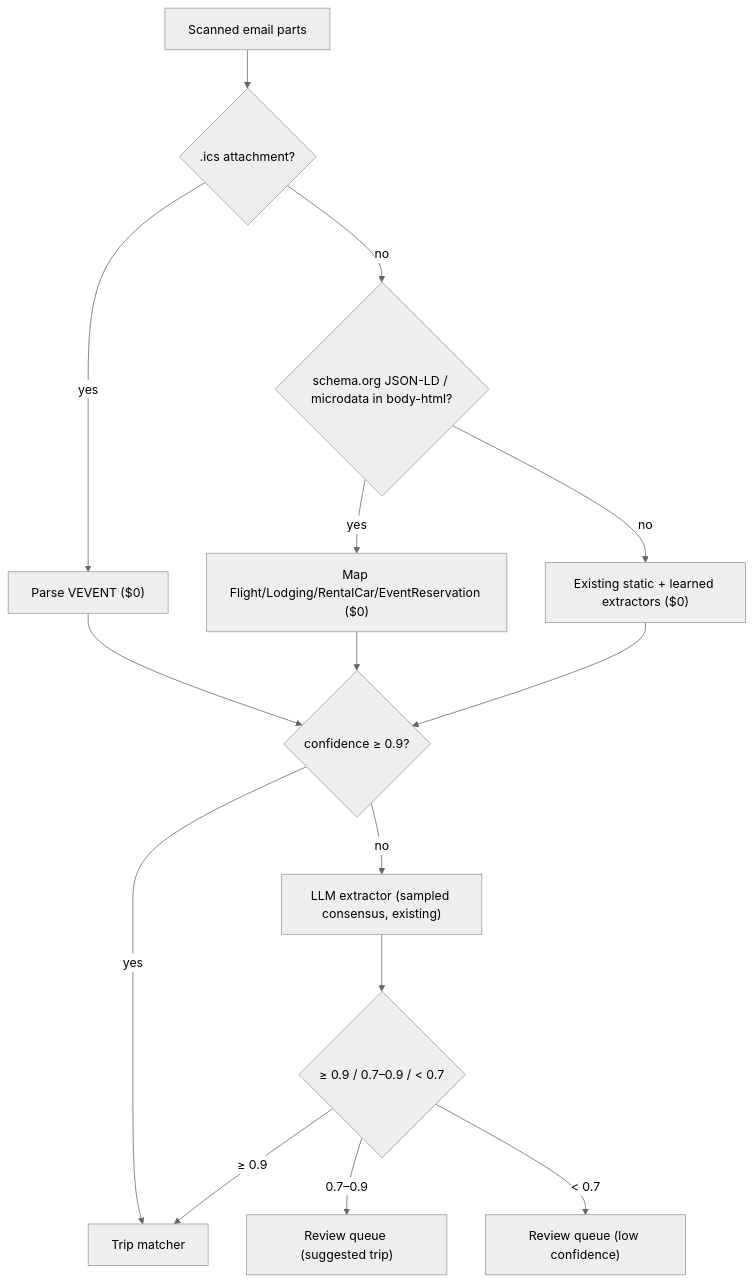
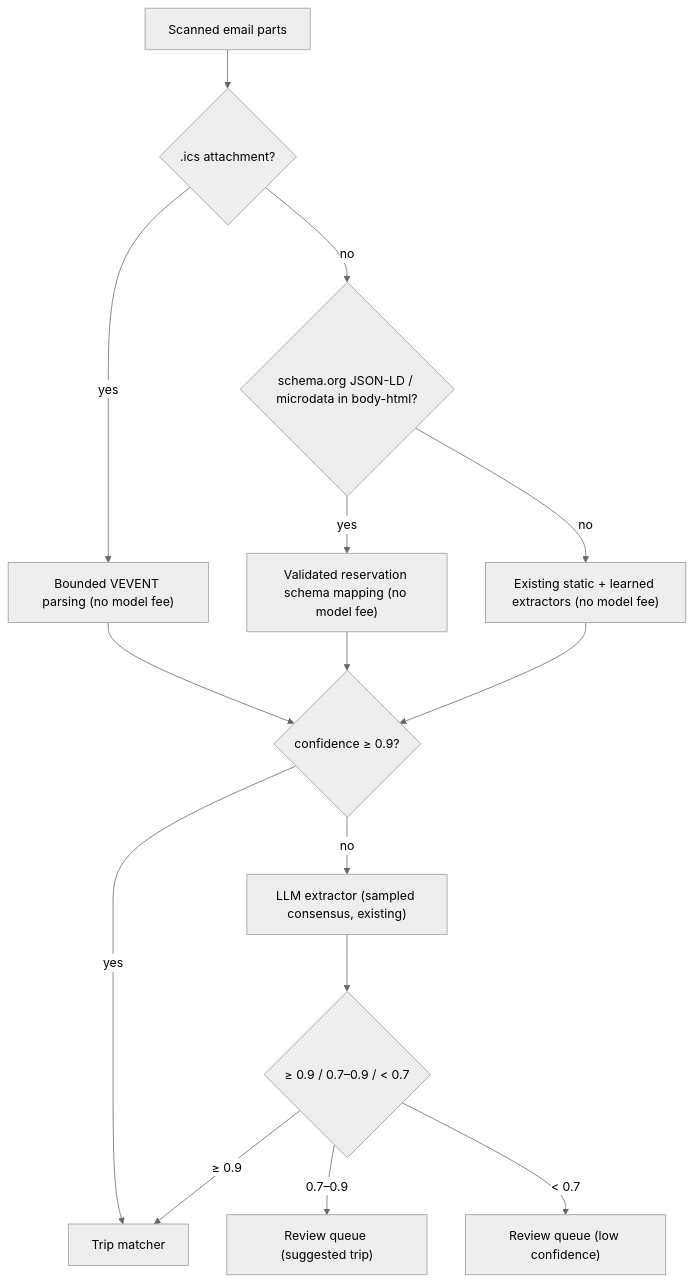
One commit to Duerk-Industries/Travel-Itinerary-App changed the second of 2 diagrams in docs/implementation_plans/implementation-plan-gap-closing.md. Above: the diagram before and after it, drawn with Mermaid (neutral theme). The commit also changed other lines of this file, not shown here.

````diff
--- a/docs/implementation_plans/implementation-plan-gap-closing.md
+++ b/docs/implementation_plans/implementation-plan-gap-closing.md
@@ -299,17 +332,17 @@
 ```mermaid
 flowchart TD
   A["Scanned email parts"] --> B{".ics attachment?"}
-  B -- yes --> C["Parse VEVENT ($0)"]
+  B -- yes --> C["Bounded VEVENT parsing (no model fee)"]
   B -- no --> D{"schema.org JSON-LD / microdata in body-html?"}
-  D -- yes --> E["Map Flight/Lodging/RentalCar/EventReservation ($0)"]
-  D -- no --> F["Existing static + learned extractors ($0)"]
+  D -- yes --> E["Validated reservation schema mapping (no model fee)"]
+  D -- no --> F["Existing static + learned extractors (no model fee)"]
   C --> G{"confidence ≥ 0.9?"}
   E --> G
   F --> G
   G -- yes --> M["Trip matcher"]
   G -- no --> H["LLM extractor (sampled consensus, existing)"]
   H --> I{"≥ 0.9 / 0.7–0.9 / < 0.7"}
   I -- "≥ 0.9" --> M
   I -- "0.7–0.9" --> R["Review queue (suggested trip)"]
   I -- "< 0.7" --> L["Review queue (low confidence)"]
 ```
````
